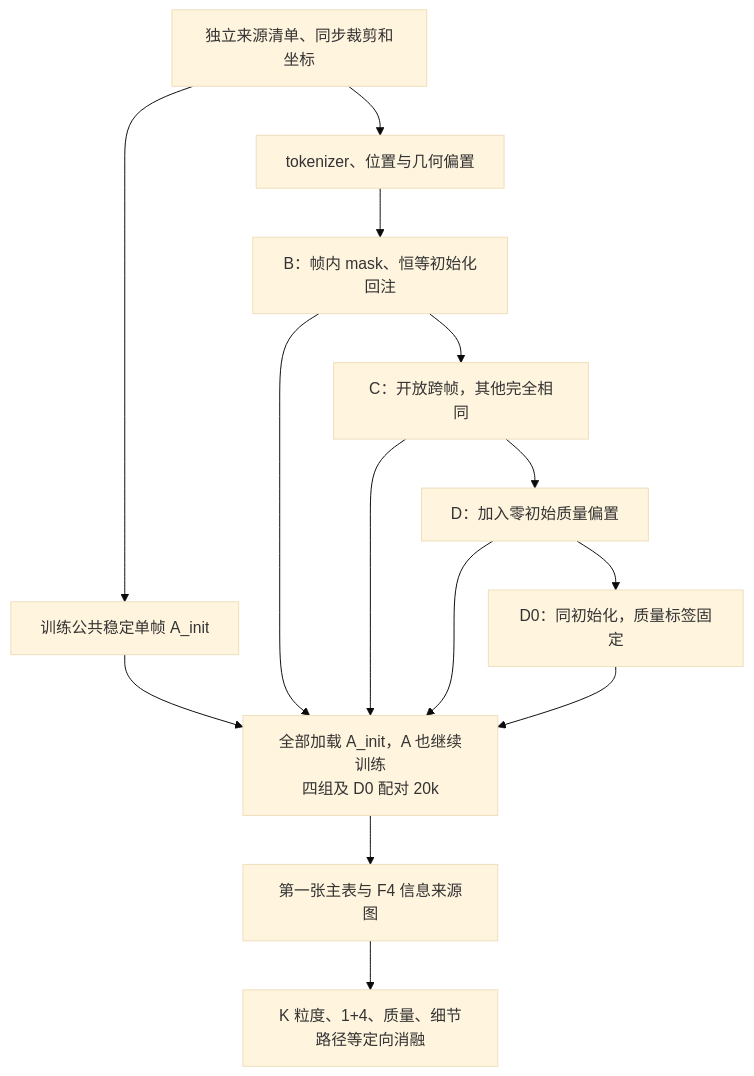
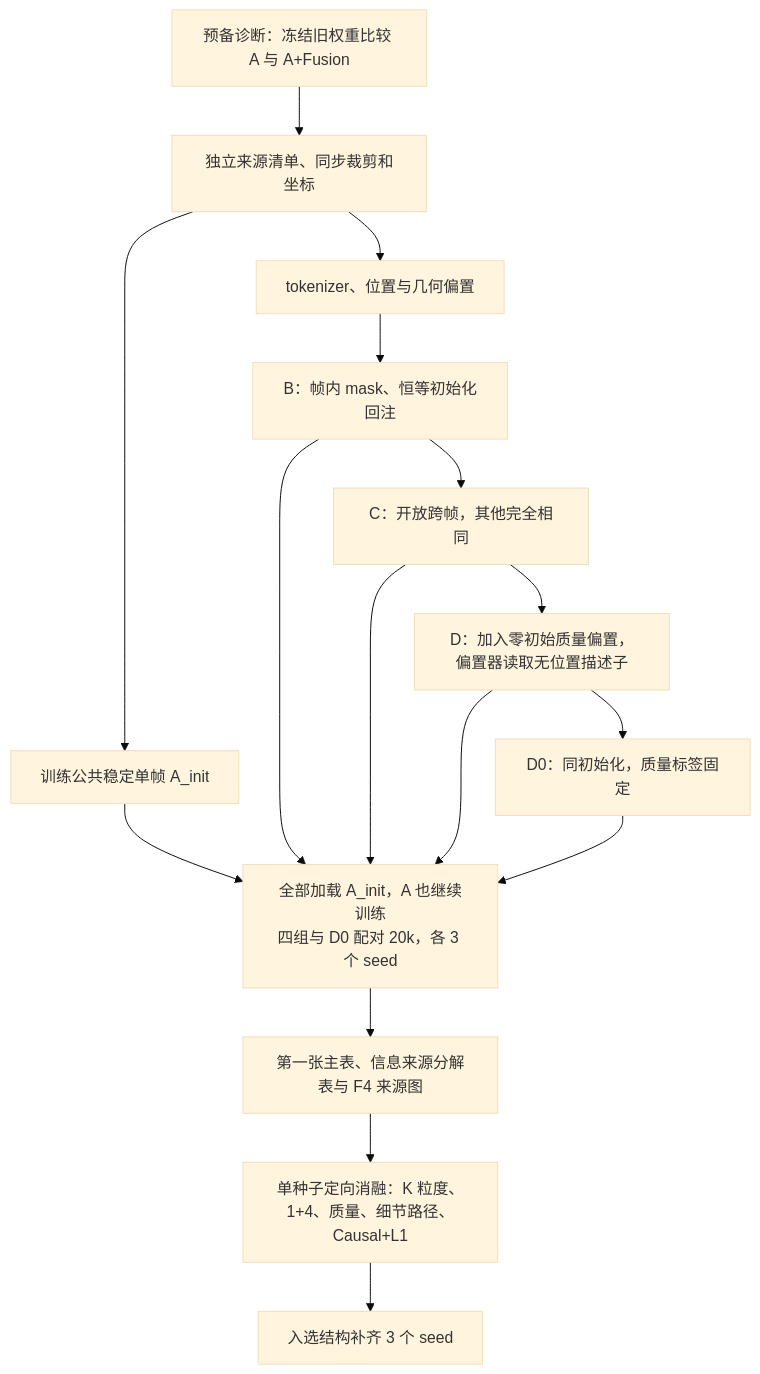
Before and after one commit to deathend110/SAR_Sequence_Restore: diagram 17 of 17 in docs/跨帧Token交互实验指导书.md, drawn with Mermaid (base theme). The commit also changed other lines of this file, not shown here.

Commit message:
更新跨帧Token实验指导书：移除母图实验并补充因果mask、质量分支去位置输入与多seed预算

````diff
--- a/docs/跨帧Token交互实验指导书.md
+++ b/docs/跨帧Token交互实验指导书.md
@@ -748,16 +848,18 @@
 ```mermaid
 graph TD
-    DATA["独立来源清单、同步裁剪和坐标"] --> BASE["训练公共稳定单帧 A_init"]
+    DIAG["预备诊断：冻结旧权重比较 A 与 A+Fusion"] --> DATA["独立来源清单、同步裁剪和坐标"]
+    DATA --> BASE["训练公共稳定单帧 A_init"]
     DATA --> TOK["tokenizer、位置与几何偏置"]
     TOK --> B["B：帧内 mask、恒等初始化回注"]
     B --> C["C：开放跨帧，其他完全相同"]
-    C --> D["D：加入零初始质量偏置"]
+    C --> D["D：加入零初始质量偏置，偏置器读取无位置描述子"]
     D --> D0["D0：同初始化，质量标签固定"]
-    BASE --> RUN["全部加载 A_init，A 也继续训练<br/>四组及 D0 配对 20k"]
+    BASE --> RUN["全部加载 A_init，A 也继续训练<br/>四组与 D0 配对 20k，各 3 个 seed"]
     B --> RUN
     C --> RUN
     D --> RUN
     D0 --> RUN
-    RUN --> TABLE["第一张主表与 F4 信息来源图"]
-    TABLE --> ABL["K 粒度、1+4、质量、细节路径等定向消融"]
+    RUN --> TABLE["第一张主表、信息来源分解表与 F4 来源图"]
+    TABLE --> ABL["单种子定向消融：K 粒度、1+4、质量、细节路径、Causal+L1"]
+    ABL --> SEED["入选结构补齐 3 个 seed"]
 ```
````
